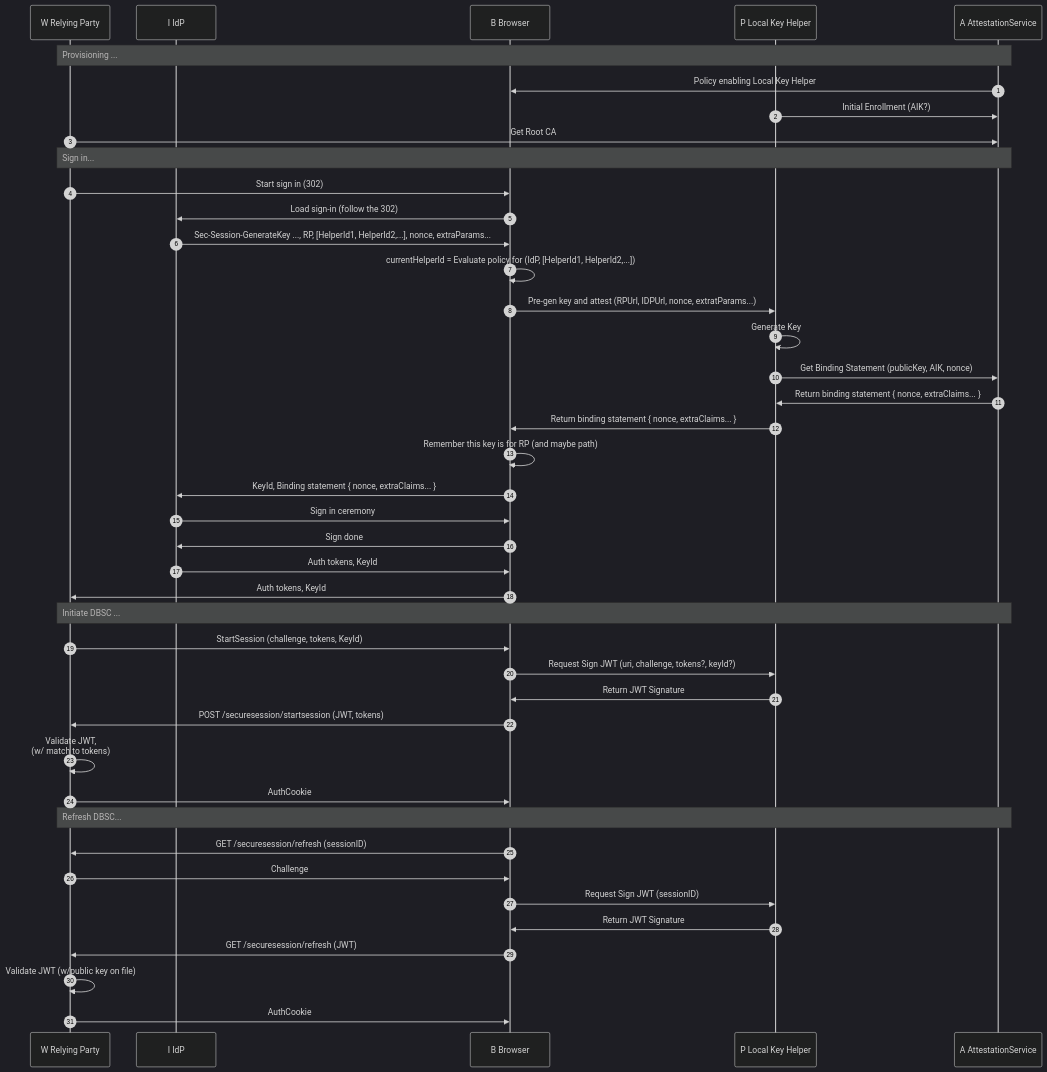
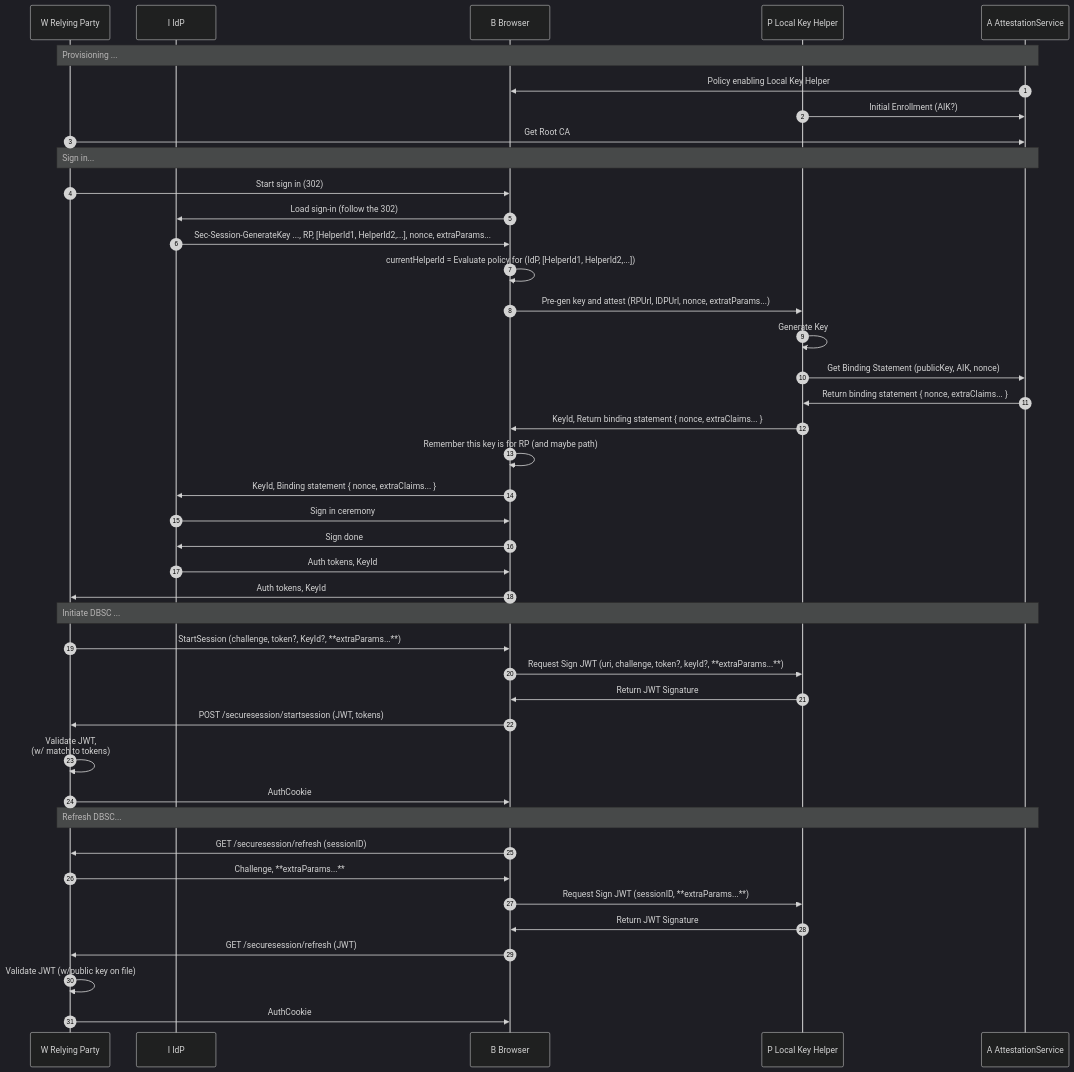
Before and after one commit to alextok/dbsc-discussions: the first of 8 diagrams in README.md, drawn with Mermaid (dark theme). The commit also changed other lines of this file, not shown here.

````diff
--- a/README.md
+++ b/README.md
@@ -3,53 +3,53 @@
 ```mermaid
 sequenceDiagram
 %%{ init: { 'sequence': { 'noteAlign': 'left'} } }%%
 autonumber 1
 participant W as W Relying Party
 participant I as I IdP
 participant B as B Browser
 participant P as P Local Key Helper
 participant A as A AttestationService
 
 Note over W, A: Provisioning ...
 A->>B: Policy enabling Local Key Helper
 P->>A: Initial Enrollment (AIK?)
 W->>A: Get Root CA
 Note over W, A: Sign in...
 W->>B: Start sign in (302)
 B->>I: Load sign-in (follow the 302)
  
 I->>B: Sec-Session-GenerateKey ..., RP, [HelperId1, HelperId2,...], nonce, extraParams...
 B->>B: currentHelperId = Evaluate policy for (IdP, [HelperId1, HelperId2,...])
 B->>P: Pre-gen key and attest (RPUrl, IDPUrl, nonce, extratParams...)
  
 P->>P: Generate Key
  
 P->>A: Get Binding Statement (publicKey, AIK, nonce)
 A->>P: Return binding statement { nonce, extraClaims... }
-P->>B: Return binding statement { nonce, extraClaims... }
+P->>B: KeyId, Return binding statement { nonce, extraClaims... }
 B->>B: Remember this key is for RP (and maybe path)
 B->>I: KeyId, Binding statement { nonce, extraClaims... }
  
 I->>B: Sign in ceremony
 B->>I: Sign done
  
 I->>B: Auth tokens, KeyId
 B->>W: Auth tokens, KeyId
  
 Note over W, A: Initiate DBSC ...
-W->>B: StartSession (challenge, tokens, KeyId)
-B->>P: Request Sign JWT (uri, challenge, tokens?, keyId?)
+W->>B: StartSession (challenge, token?, KeyId?, **extraParams...**)
+B->>P: Request Sign JWT (uri, challenge, token?, keyId?, **extraParams...**)
 P->>B: Return JWT Signature
 B->>W: POST /securesession/startsession (JWT, tokens)
 W->>W: Validate JWT, <br/>(w/ match to tokens)
 W->>B: AuthCookie
 
 Note over W, A: Refresh DBSC...
 B->>W: GET /securesession/refresh (sessionID)
-W->>B: Challenge
-B->>P: Request Sign JWT (sessionID)
+W->>B: Challenge, **extraParams...**
+B->>P: Request Sign JWT (sessionID, **extraParams...**)
 P->>B: Return JWT Signature
 B->>W: GET /securesession/refresh (JWT)
 W->>W: Validate JWT (w/public key on file)
 W->>B: AuthCookie
 ```
````
